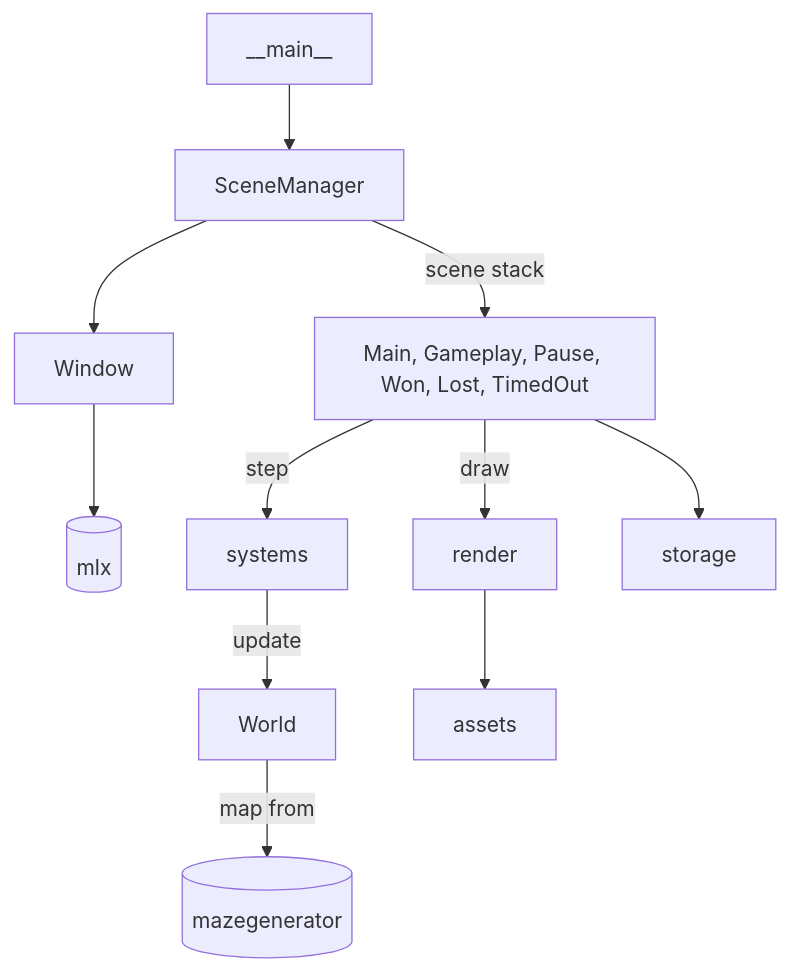
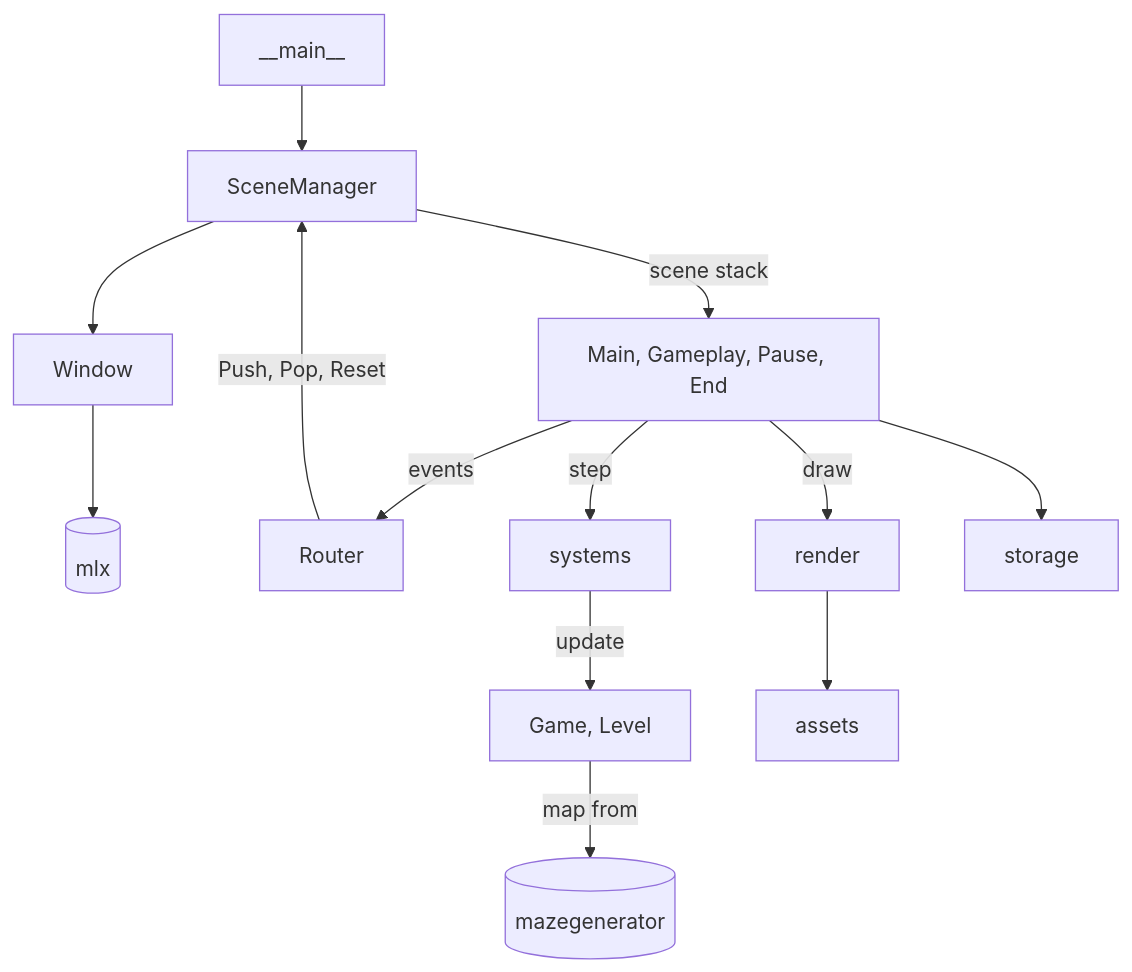
The diagram in README.md (Gqtien/Pac-Man), drawn with Mermaid before and after one commit. The commit also changed other lines of this file and 17 other files, not shown here.

Commit message:
refactor: move game rules out of scenes

````diff
--- a/README.md
+++ b/README.md
@@ -129,12 +129,14 @@
 ```mermaid
 flowchart TD
     main["__main__"] --> manager["SceneManager"]
     manager --> window["Window"] --> mlx[("mlx")]
-    manager -->|scene stack| scenes["Main, Gameplay, Pause, Won, Lost, TimedOut"]
+    manager -->|scene stack| scenes["Main, Gameplay, Pause, End"]
+    scenes -->|events| router["Router"]
+    router -->|Push, Pop, Reset| manager
     scenes -->|step| systems
-    systems -->|update| world["World"]
+    systems -->|update| game["Game, Level"]
     scenes -->|draw| render
     render --> assets
     scenes --> storage
-    world -->|map from| mazegen[("mazegenerator")]
+    game -->|map from| mazegen[("mazegenerator")]
 ```
````
